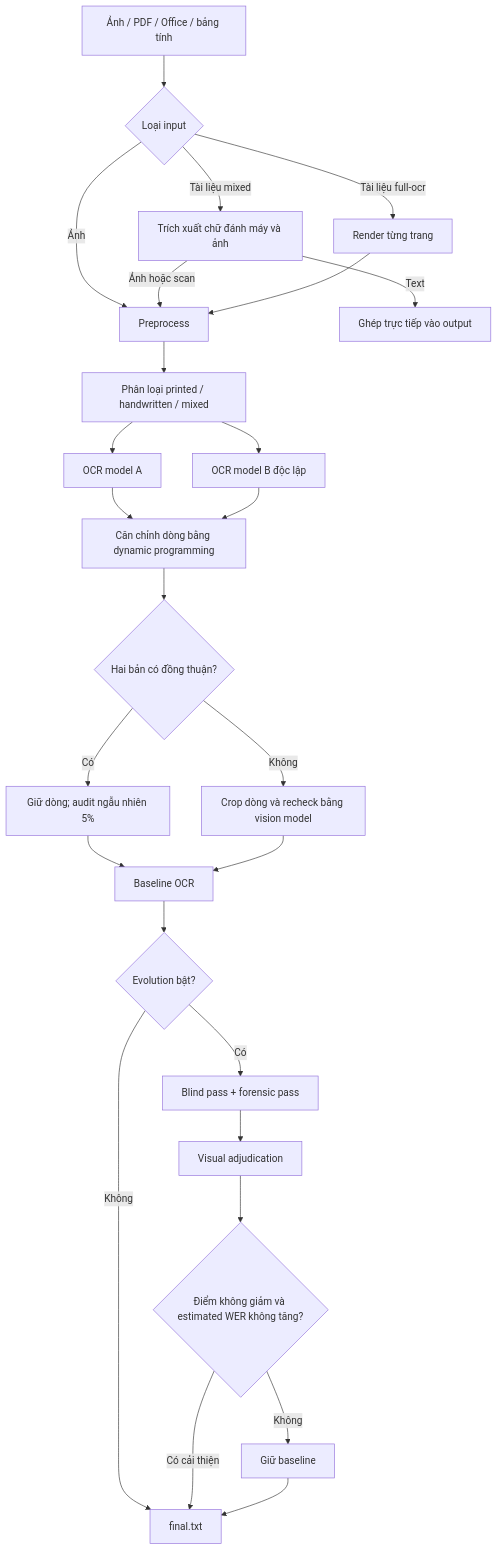
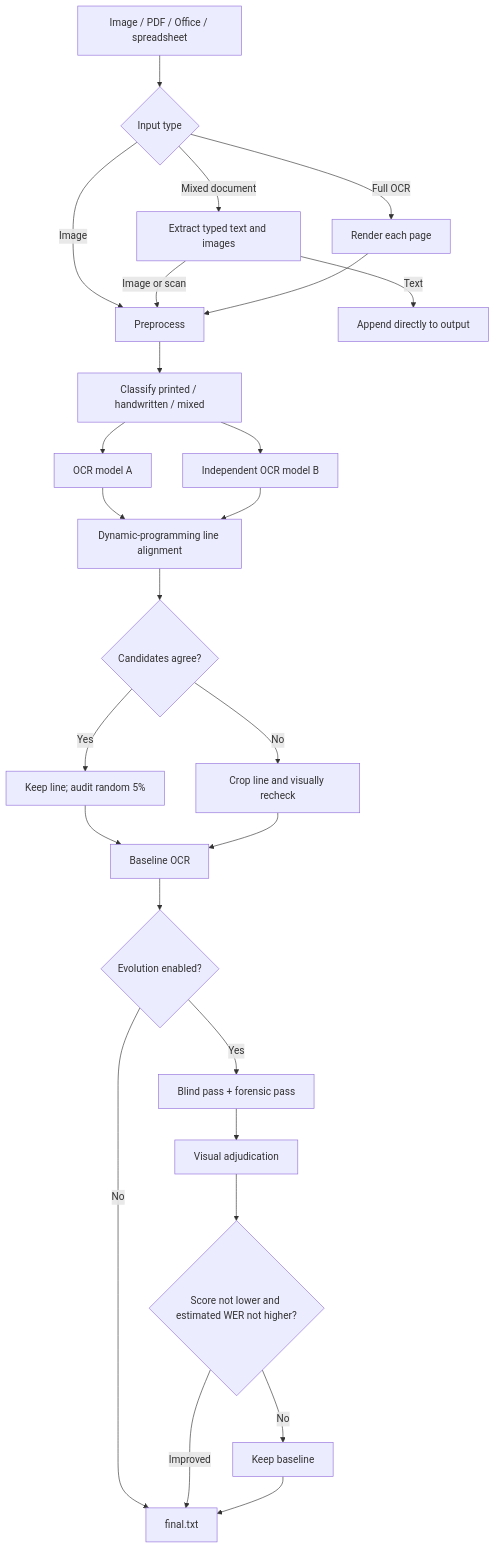
Before and after one commit to amoguscbd6969/arabic-ocr-tool: the first of 2 diagrams in README.md, drawn with Mermaid. The commit also changed other lines of this file and 2 other files, not shown here.

````diff
--- a/README.md
+++ b/README.md
@@ -242,28 +241,28 @@
 ```mermaid
 flowchart TD
-    A[Ảnh / PDF / Office / bảng tính] --> B{Loại input}
-    B -->|Ảnh| C[Preprocess]
-    B -->|Tài liệu mixed| D[Trích xuất chữ đánh máy và ảnh]
-    B -->|Tài liệu full-ocr| E[Render từng trang]
-    D -->|Text| Z[Ghép trực tiếp vào output]
-    D -->|Ảnh hoặc scan| C
+    A[Image / PDF / Office / spreadsheet] --> B{Input type}
+    B -->|Image| C[Preprocess]
+    B -->|Mixed document| D[Extract typed text and images]
+    B -->|Full OCR| E[Render each page]
+    D -->|Text| Z[Append directly to output]
+    D -->|Image or scan| C
     E --> C
-    C --> F[Phân loại printed / handwritten / mixed]
+    C --> F[Classify printed / handwritten / mixed]
     F --> G[OCR model A]
-    F --> H[OCR model B độc lập]
-    G --> I[Căn chỉnh dòng bằng dynamic programming]
+    F --> H[Independent OCR model B]
+    G --> I[Dynamic-programming line alignment]
     H --> I
-    I --> J{Hai bản có đồng thuận?}
-    J -->|Có| K[Giữ dòng; audit ngẫu nhiên 5%]
-    J -->|Không| L[Crop dòng và recheck bằng vision model]
+    I --> J{Candidates agree?}
+    J -->|Yes| K[Keep line; audit random 5%]
+    J -->|No| L[Crop line and visually recheck]
     K --> M[Baseline OCR]
     L --> M
-    M --> N{Evolution bật?}
-    N -->|Không| O[final.txt]
-    N -->|Có| P[Blind pass + forensic pass]
+    M --> N{Evolution enabled?}
+    N -->|No| O[final.txt]
+    N -->|Yes| P[Blind pass + forensic pass]
     P --> Q[Visual adjudication]
-    Q --> R{Điểm không giảm và estimated WER không tăng?}
-    R -->|Có cải thiện| O
-    R -->|Không| S[Giữ baseline]
+    Q --> R{Score not lower and estimated WER not higher?}
+    R -->|Improved| O
+    R -->|No| S[Keep baseline]
     S --> O
 ```
````
